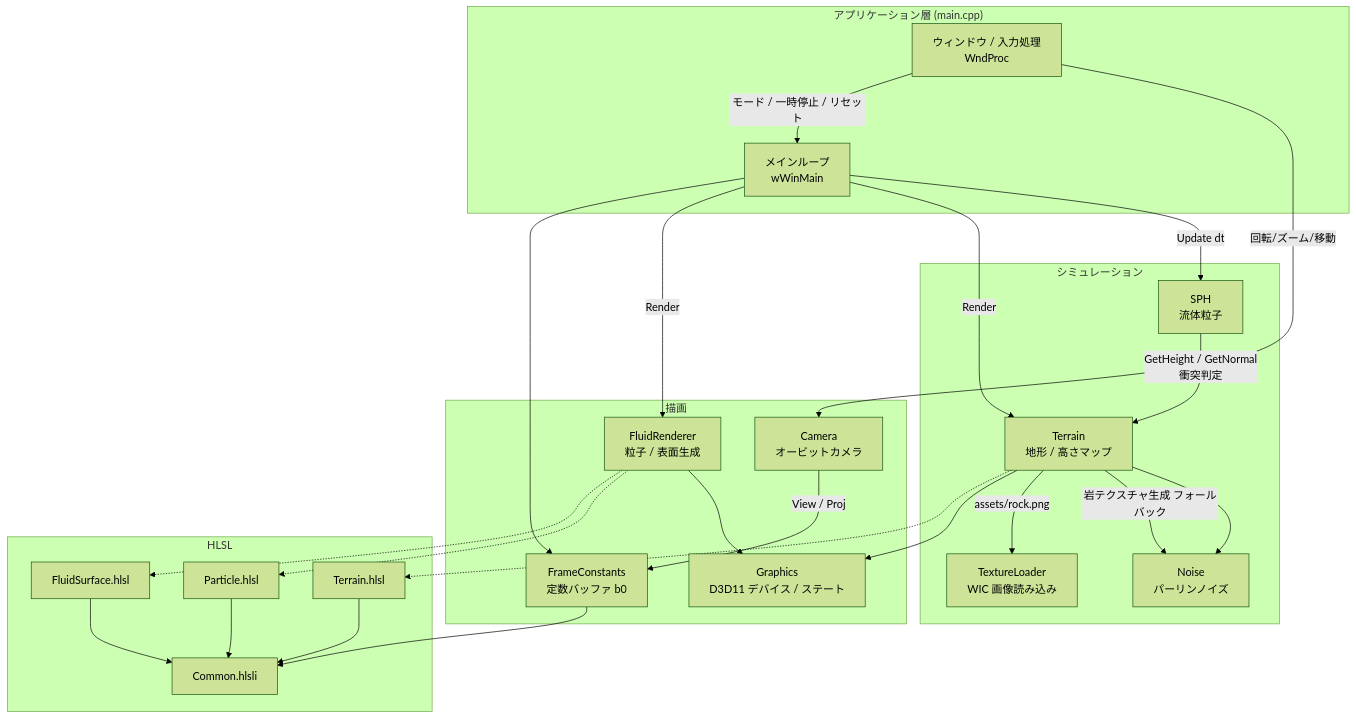
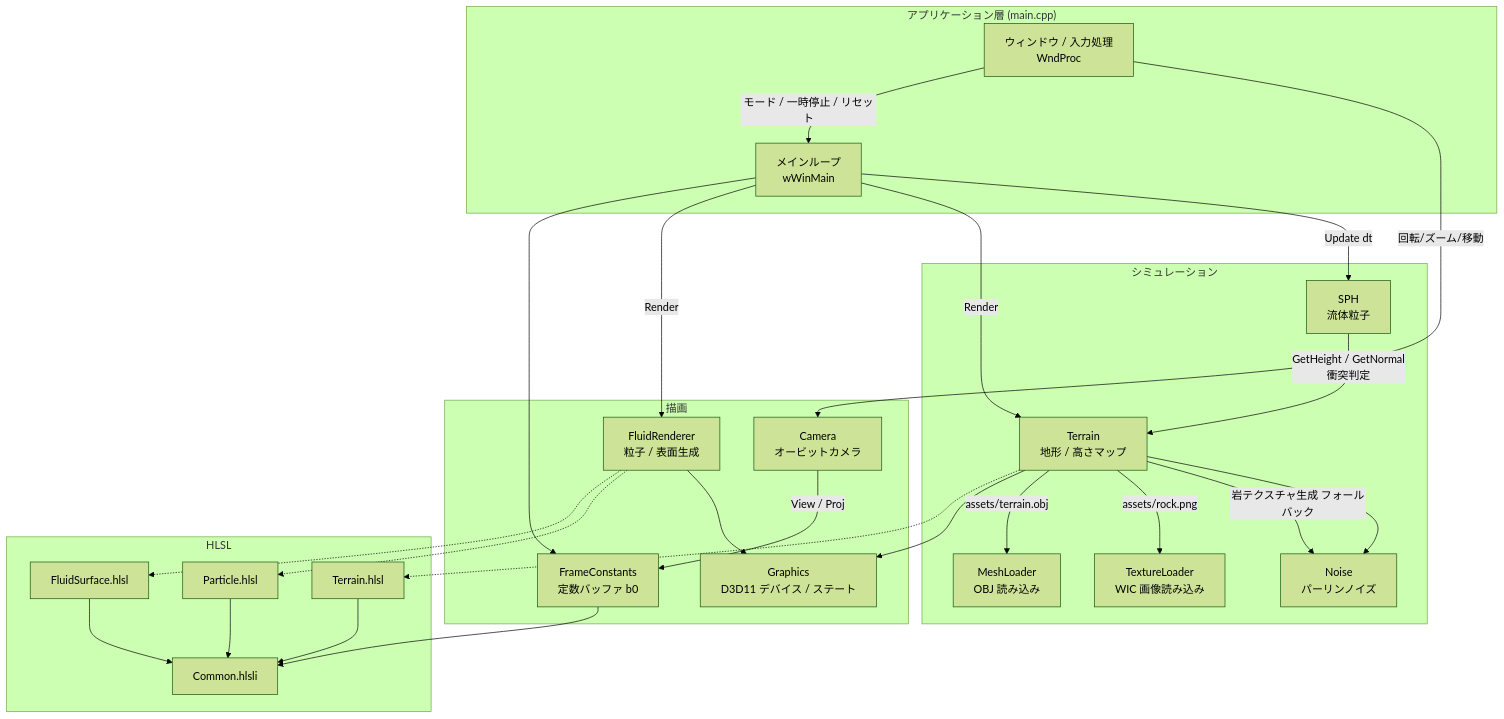
One commit to githubtarohario/water_from_mountain changed the first of 11 diagrams in docs/FLOW.md. Above: the diagram before and after it, drawn with Mermaid (forest theme). The commit also changed other lines of this file and 12 other files, not shown here.

````diff
--- a/docs/FLOW.md
+++ b/docs/FLOW.md
@@ -7,49 +7,51 @@
 ```mermaid
 graph TB
     subgraph App["アプリケーション層 (main.cpp)"]
         WND[ウィンドウ / 入力処理<br/>WndProc]
         LOOP[メインループ<br/>wWinMain]
     end
 
     subgraph Sim["シミュレーション"]
         SPH[SPH<br/>流体粒子]
         TER[Terrain<br/>地形 / 高さマップ]
         NOISE[Noise<br/>パーリンノイズ]
         TL[TextureLoader<br/>WIC 画像読み込み]
+        ML[MeshLoader<br/>OBJ 読み込み]
     end
 
     subgraph Render["描画"]
         GFX[Graphics<br/>D3D11 デバイス / ステート]
         CAM[Camera<br/>オービットカメラ]
         FR[FluidRenderer<br/>粒子 / 表面生成]
         CB[FrameConstants<br/>定数バッファ b0]
     end
 
     subgraph GPU["HLSL"]
         HT[Terrain.hlsl]
         HP[Particle.hlsl]
         HF[FluidSurface.hlsl]
         HC[Common.hlsli]
     end
 
     WND -->|回転/ズーム/移動| CAM
     WND -->|モード / 一時停止 / リセット| LOOP
     LOOP -->|Update dt| SPH
     LOOP -->|Render| TER
     LOOP -->|Render| FR
     LOOP --> CB
     SPH -->|GetHeight / GetNormal<br/>衝突判定| TER
     TER --> NOISE
     TER -->|岩テクスチャ生成 フォールバック| NOISE
     TER -->|assets/rock.png| TL
+    TER -->|assets/terrain.obj| ML
     CAM -->|View / Proj| CB
     CB --> HC
     TER --> GFX
     FR --> GFX
     TER -.-> HT
     FR -.-> HP
     FR -.-> HF
     HT --> HC
     HP --> HC
     HF --> HC
 ```
````
